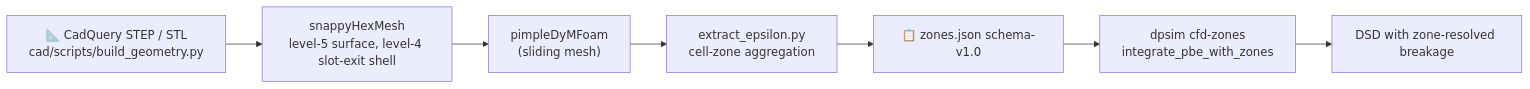
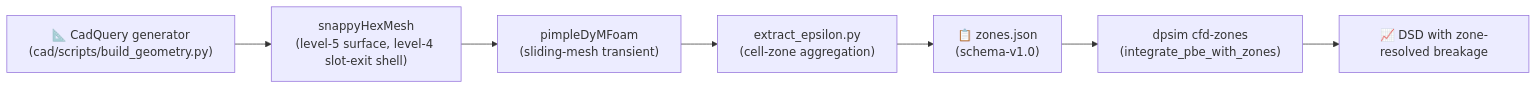
One commit to tocvicmeng-prog/Downstream-Processing-Simulator changed the fourth of 5 diagrams in README.md. Above: the diagram before and after it, drawn with Mermaid. The commit also changed other lines of this file and 4 other files, not shown here.

````diff
--- a/README.md
+++ b/README.md
@@ -175,9 +278,10 @@
 ```mermaid
 flowchart LR
-    CAD["📐 CadQuery STEP / STL<br/>cad/scripts/build_geometry.py"] --> SH["snappyHexMesh<br/>level-5 surface, level-4 slot-exit shell"]
-    SH --> SOLVE["pimpleDyMFoam<br/>(sliding mesh)"]
-    SOLVE --> EX["extract_epsilon.py<br/>cell-zone aggregation"]
-    EX --> ZJ["📋 zones.json schema-v1.0"]
-    ZJ --> ZP["dpsim cfd-zones<br/>integrate_pbe_with_zones"]
-    ZP --> DSD["DSD with zone-resolved breakage"]
+    CAD["📐 CadQuery generator<br/>(cad/scripts/build_geometry.py)"]
+    CAD --> SH["snappyHexMesh<br/>(level-5 surface, level-4 slot-exit shell)"]
+    SH --> SOLVE["pimpleDyMFoam<br/>(sliding-mesh transient)"]
+    SOLVE --> EX["extract_epsilon.py<br/>(cell-zone aggregation)"]
+    EX --> ZJ["📋 zones.json<br/>(schema-v1.0)"]
+    ZJ --> ZP["dpsim cfd-zones<br/>(integrate_pbe_with_zones)"]
+    ZP --> DSD["📈 DSD with zone-resolved breakage"]
 ```
````
